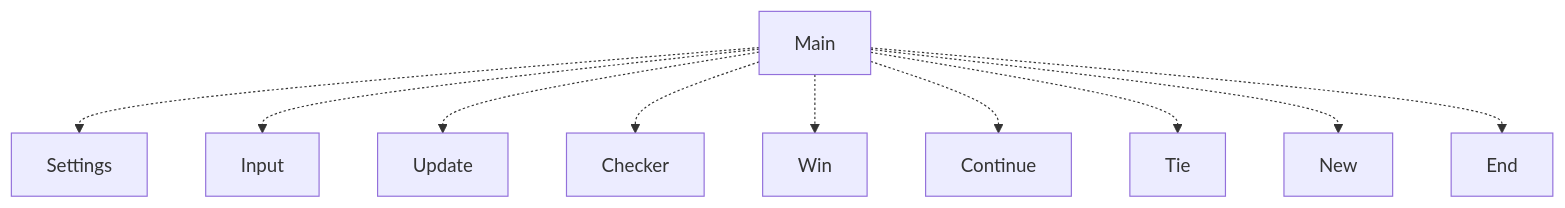
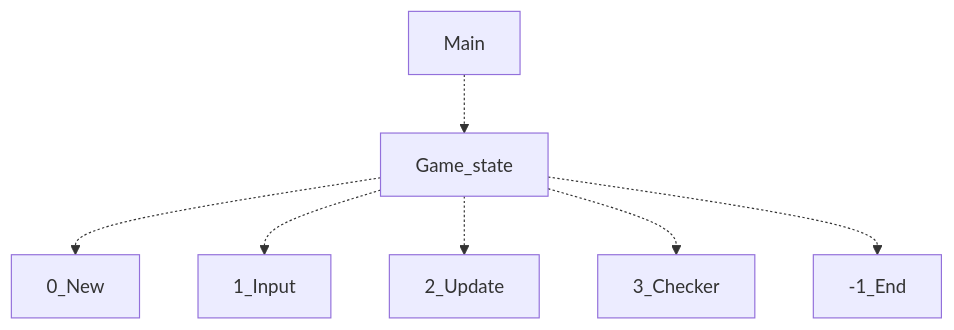
The first of 2 diagrams in docs/architecture.md (mcpaulafi/ctictactoe), drawn with Mermaid before and after one commit. The commit also changed other lines of this file and 4 other files, not shown here.

````diff
--- a/docs/architecture.md
+++ b/docs/architecture.md
@@ -5,13 +5,9 @@
 ```mermaid
 flowchart TB
-    Main -.-> Settings
-    Main -.-> Input
-    Main -.-> Update
-    Main -.-> Checker
-    Main -.-> Win
-    Main -.-> Continue
-    Main -.-> Tie
-    Main -.-> New
-    Main -.-> End
-
+    Main -.-> Game_state
+    Game_state -.-> 0_New
+    Game_state -.-> 1_Input
+    Game_state -.-> 2_Update
+    Game_state -.-> 3_Checker
+    Game_state -.-> -1_End
 ```
````
